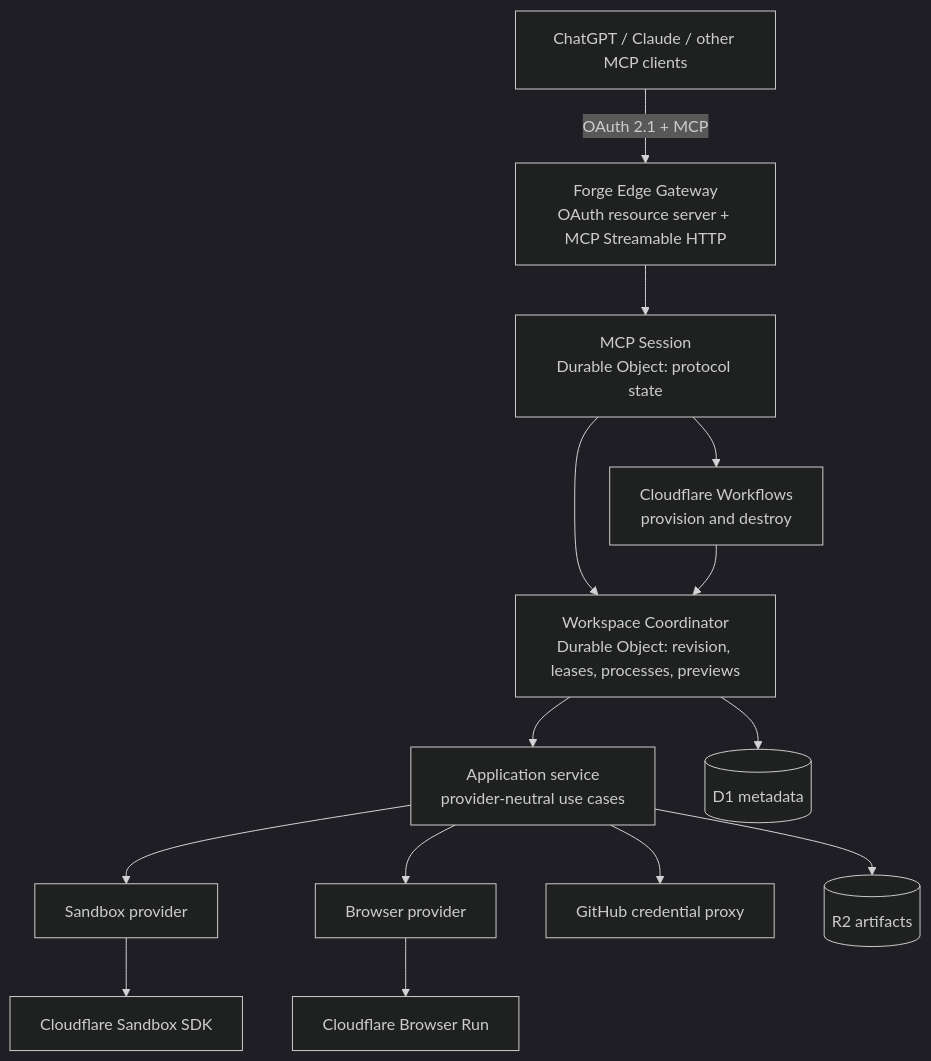
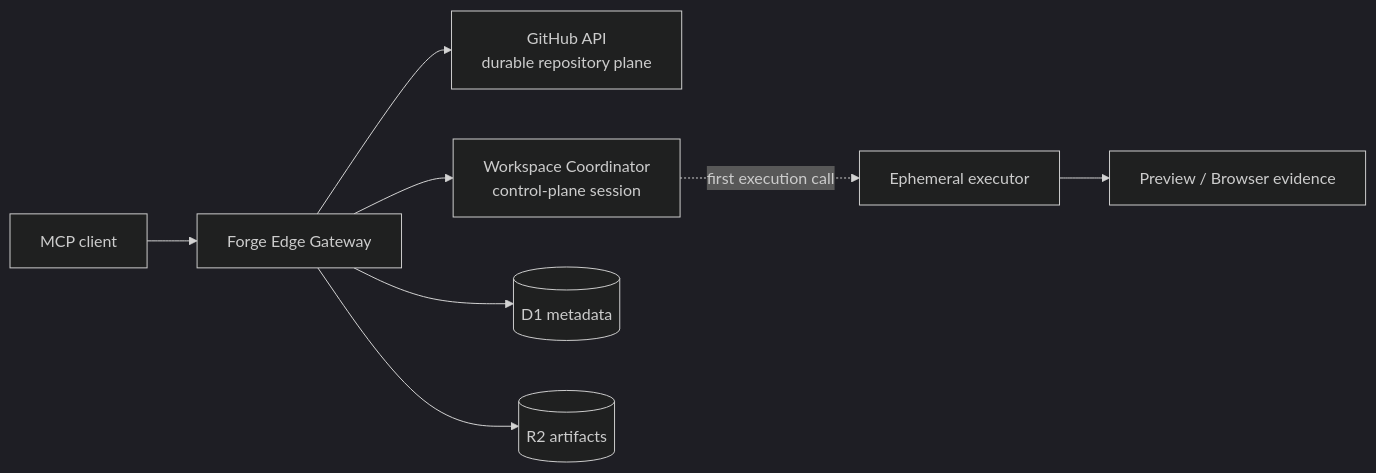
Before and after one commit to timc0y/forge-mcp: the diagram in docs/architecture.md, drawn with Mermaid (dark theme). The commit also changed other lines of this file and 35 other files, not shown here.

Commit message:
Make GitHub the durable CRUD plane

````diff
--- a/docs/architecture.md
+++ b/docs/architecture.md
@@ -7,27 +5,10 @@
 ```mermaid
-flowchart TD
-  C[ChatGPT / Claude / other MCP clients]
-  G[Forge Edge Gateway\nOAuth resource server + MCP Streamable HTTP]
-  M[MCP Session\nDurable Object: protocol state]
-  W[Workspace Coordinator\nDurable Object: revision, leases, processes, previews]
-  WF[Cloudflare Workflows\nprovision and destroy]
-  A[Application service\nprovider-neutral use cases]
-  S[Sandbox provider]
-  CS[Cloudflare Sandbox SDK]
-  B[Browser provider]
-  BR[Cloudflare Browser Run]
-  GH[GitHub credential proxy]
-  R[(R2 artifacts)]
-  D[(D1 metadata)]
-  C -->|OAuth 2.1 + MCP| G
-  G --> M
-  M --> W
-  M --> WF
-  WF --> W
-  W --> A
-  A --> S --> CS
-  A --> B --> BR
-  A --> GH
-  A --> R
-  W --> D
+flowchart LR
+  C[MCP client] --> G[Forge Edge Gateway]
+  G --> GH[GitHub API\ndurable repository plane]
+  G --> W[Workspace Coordinator\ncontrol-plane session]
+  W -. first execution call .-> E[Ephemeral executor]
+  E --> B[Preview / Browser evidence]
+  G --> D[(D1 metadata)]
+  G --> R[(R2 artifacts)]
 ```
````
